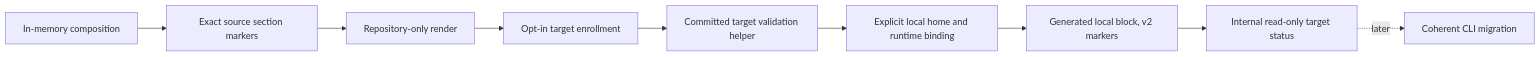
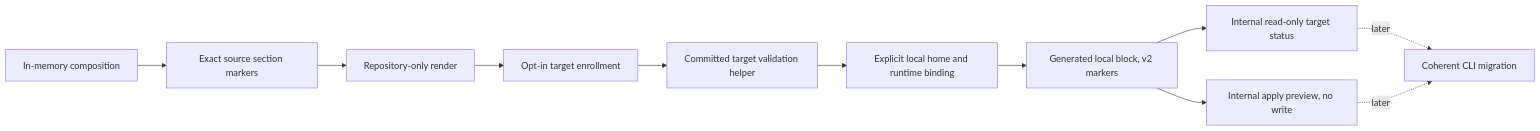
Before and after one commit to ferrywlto/ai-env-as-code: the sixth of 6 diagrams in docs/shared-instructions-design.md, drawn with Mermaid. The commit also changed other lines of this file and 7 other files, not shown here.

Commit message:
Preview portable target apply without runtime writes

````diff
--- a/docs/shared-instructions-design.md
+++ b/docs/shared-instructions-design.md
@@ -174,11 +185,13 @@
 ```mermaid
 flowchart LR
     Compose[In-memory composition] --> Sections[Exact source section markers]
     Sections --> Render[Repository-only render]
     Render --> Enrollment[Opt-in target enrollment]
     Enrollment --> Validation[Committed target validation helper]
     Validation --> Local[Explicit local home and runtime binding]
     Local --> Block[Generated local block, v2 markers]
     Block --> Inspect[Internal read-only target status]
+    Block --> Preview[Internal apply preview, no write]
     Inspect -.->|later| Directional[Coherent CLI migration]
+    Preview -.->|later| Directional
 ```
````
